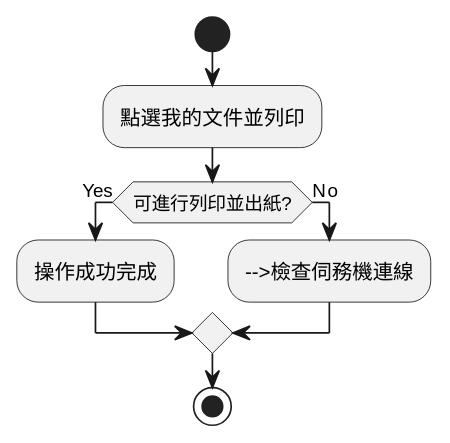
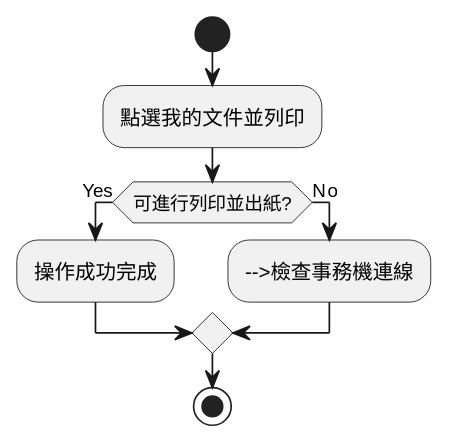
The fifth of 7 diagrams in root/異常處理/無法漫游列印.md (FrancoLiuDev/powermoat_doc), drawn with PlantUML before and after one commit. The commit also changed other lines of this file and 8 other files, not shown here.

````diff
--- a/root/異常處理/無法漫游列印.md
+++ b/root/異常處理/無法漫游列印.md
@@ -86,14 +86,14 @@
 ```plantuml
 @startuml
 start
 :點選我的文件並列印;
 
 if (可進行列印並出紙?) then (Yes)
   :操作成功完成;
 else (No)
-  :-->檢查伺務機連線;
+  :-->檢查事務機連線;
 endif
 
 stop
 @enduml
 ```
````
